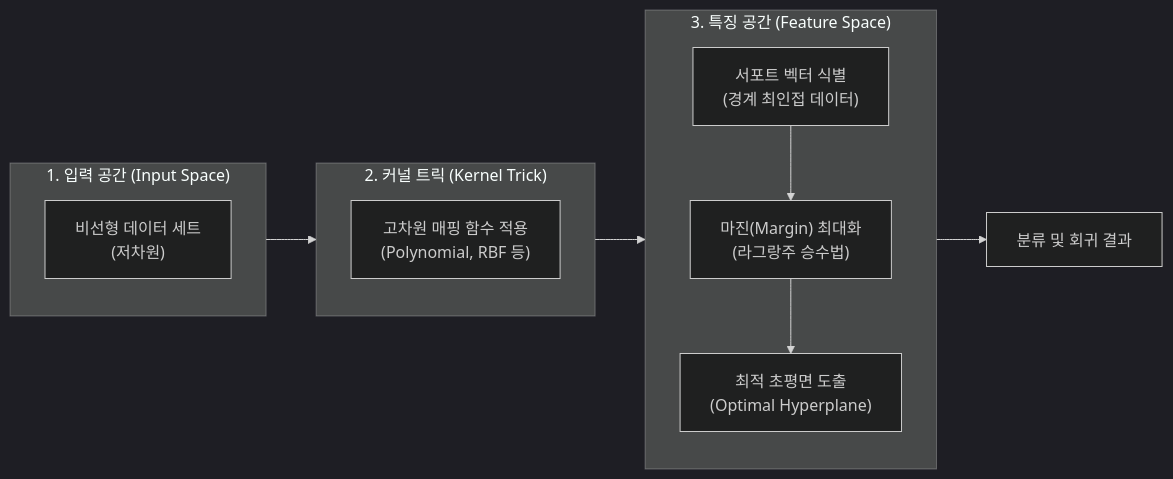
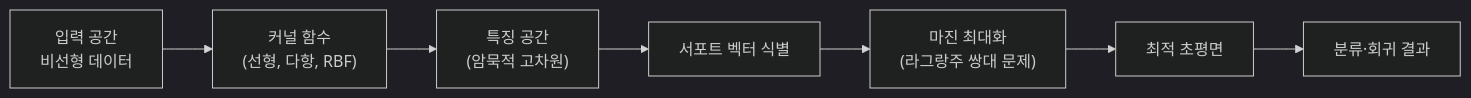
One commit to supremethumb/supremethumb.github.io changed the diagram in content/01_IT Tech/서포트 벡터 머신.md. Above: the diagram before and after it, drawn with Mermaid (dark theme). The commit also changed other lines of this file and 1087 other files, not shown here.

````diff
--- a/content/01_IT Tech/서포트 벡터 머신.md
+++ b/content/01_IT Tech/서포트 벡터 머신.md
@@ -30,23 +35,9 @@
 ```mermaid
 flowchart LR
-    subgraph S1 ["1. 입력 공간 (Input Space)"]
-        D["비선형 데이터 세트<br/>(저차원)"]
-    end
-
-    subgraph S2 ["2. 커널 트릭 (Kernel Trick)"]
-        K["고차원 매핑 함수 적용<br/>(Polynomial, RBF 등)"]
-    end
-
-    subgraph S3 ["3. 특징 공간 (Feature Space)"]
-        direction TB
-        SV["서포트 벡터 식별<br/>(경계 최인접 데이터)"]
-        M["마진(Margin) 최대화<br/>(라그랑주 승수법)"]
-        H["최적 초평면 도출<br/>(Optimal Hyperplane)"]
-        SV --> M
-        M --> H
-    end
-
-    S1 --> S2 --> S3
-    H --> O["분류 및 회귀 결과"]
-
+    D["입력 공간<br/>비선형 데이터"] --> K["커널 함수<br/>(선형, 다항, RBF)"]
+    K --> F["특징 공간<br/>(암묵적 고차원)"]
+    F --> SV["서포트 벡터 식별"]
+    SV --> M["마진 최대화<br/>(라그랑주 쌍대 문제)"]
+    M --> H["최적 초평면"]
+    H --> O["분류·회귀 결과"]
 ```
````
